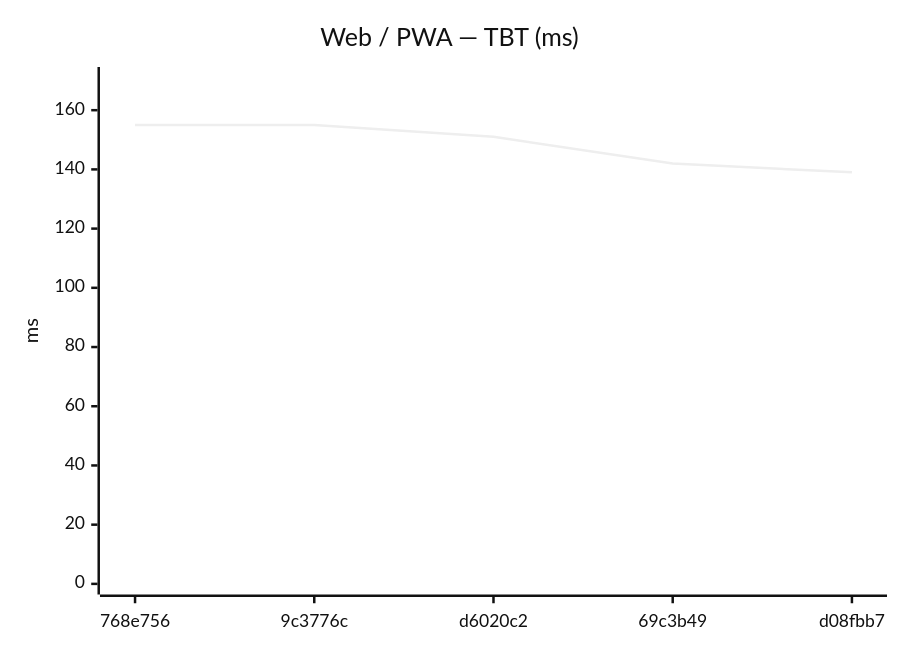
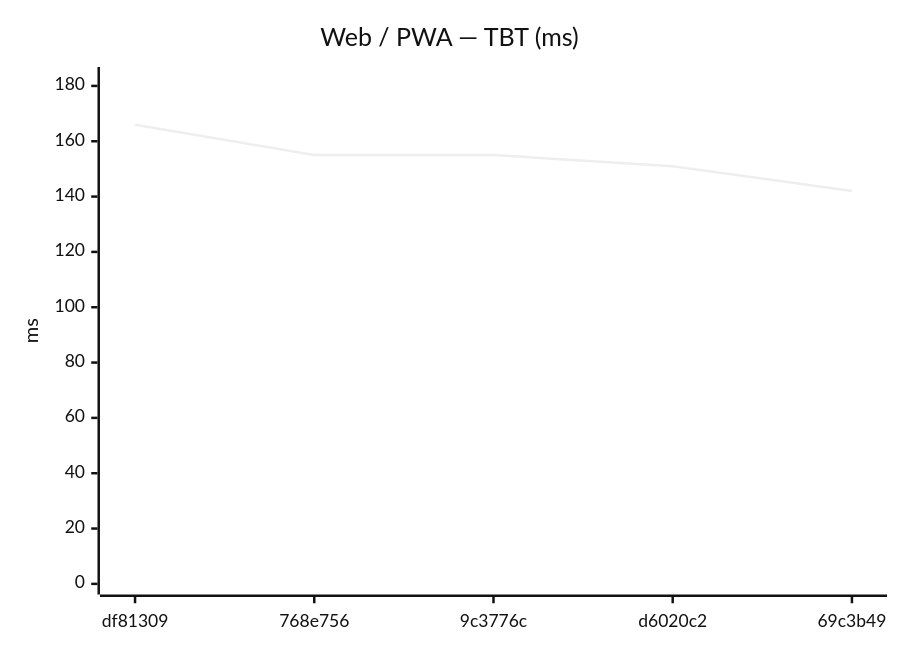
One commit to Metaheurist/Rianell changed the eighth of 18 diagrams in benchmarks/compare.md. Above: the diagram before and after it, drawn with Mermaid (neutral theme). The commit also changed other lines of this file and 11 other files, not shown here.

````diff
--- a/benchmarks/compare.md
+++ b/benchmarks/compare.md
@@ -124,7 +124,7 @@
 ```mermaid
 xychart-beta
     title "Web / PWA — TBT (ms)"
-    x-axis ["768e756", "9c3776c", "d6020c2", "69c3b49", "d08fbb7"]
-    y-axis "ms" 0 --> 171
-    line [155, 155, 151, 142, 139]
+    x-axis ["df81309", "768e756", "9c3776c", "d6020c2", "69c3b49"]
+    y-axis "ms" 0 --> 183
+    line [166, 155, 155, 151, 142]
 ```
````
